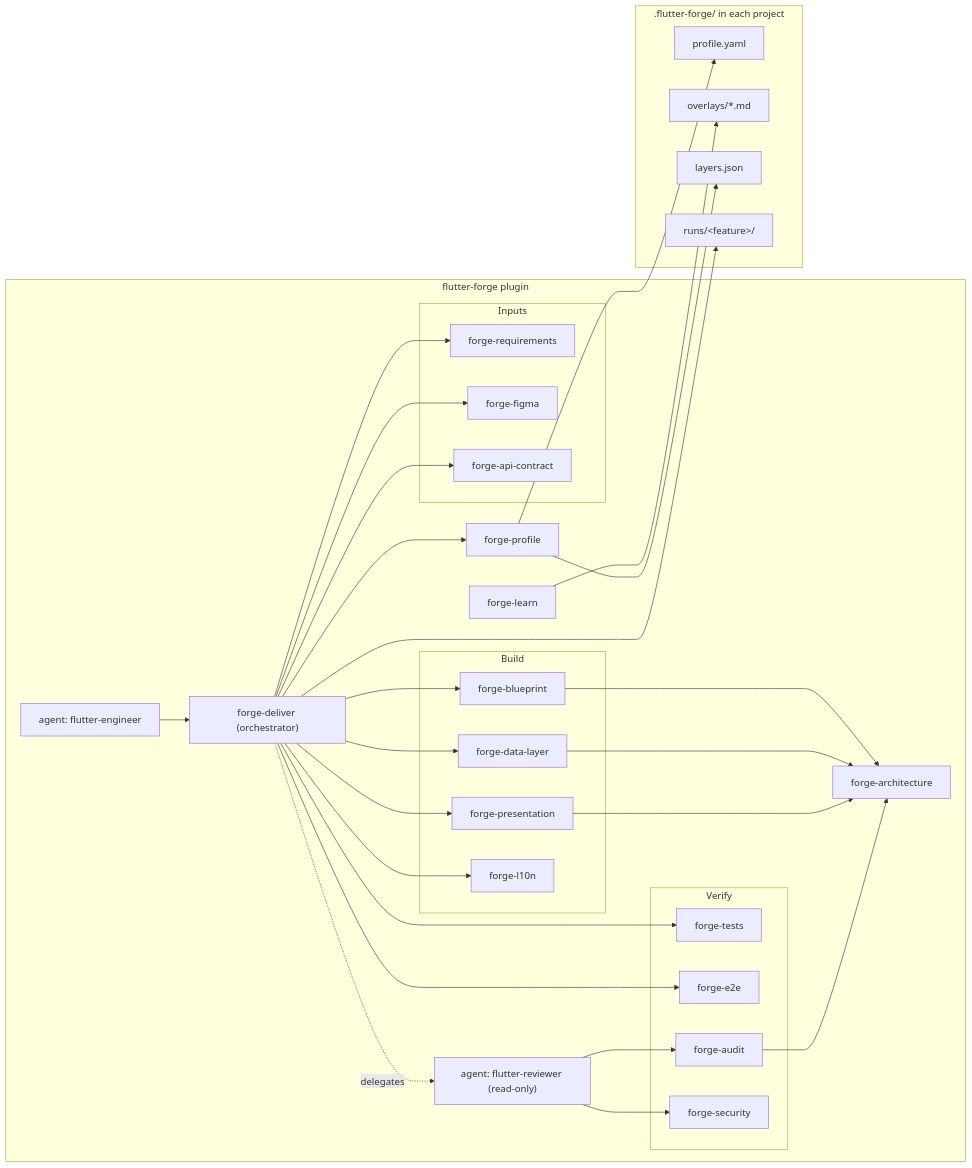
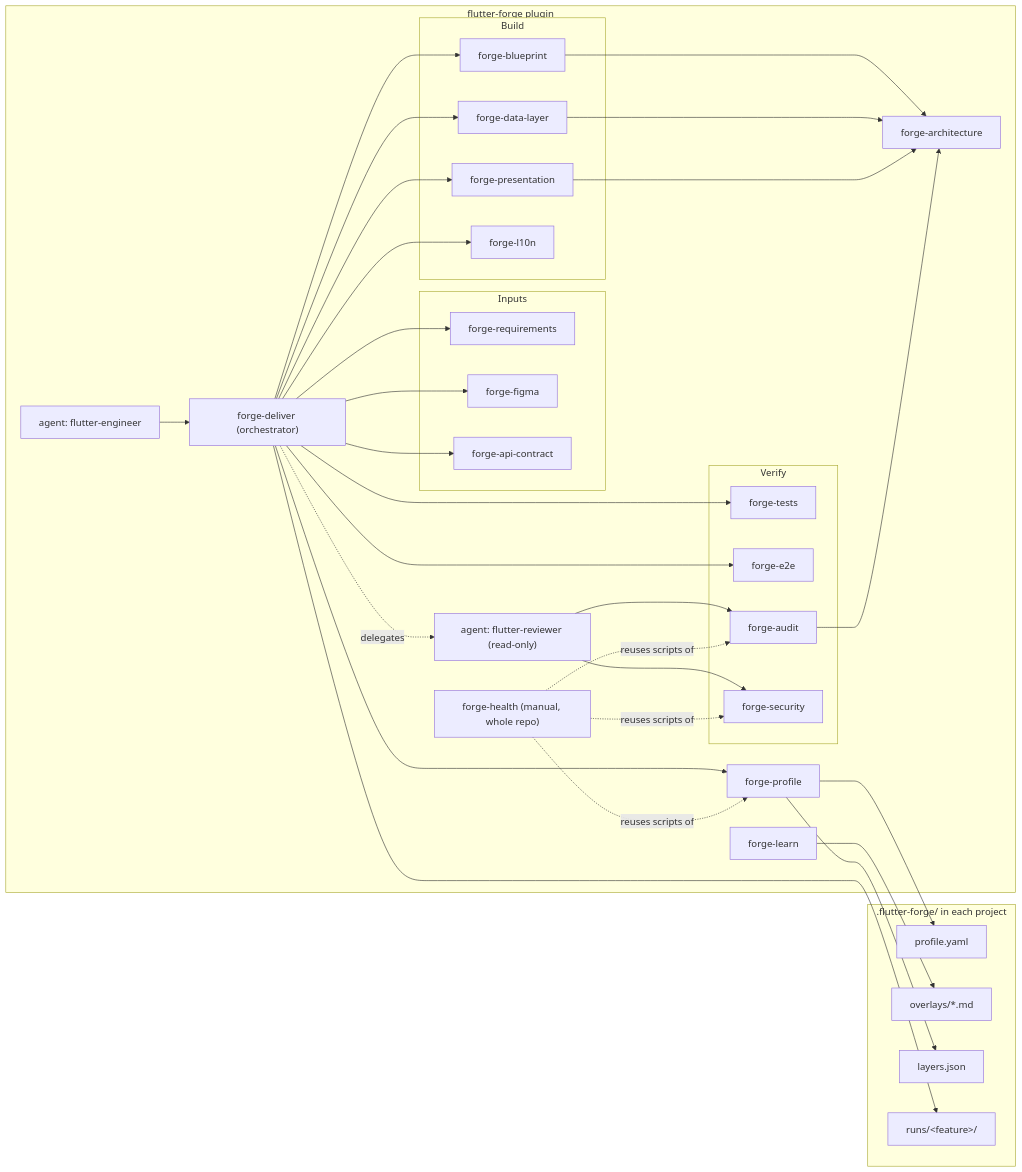
The diagram in docs/architecture.md (Jols7/flutter-forge), drawn with Mermaid before and after one commit. The commit also changed 23 other files, not shown here.

First line of the commit message:
feat(forge-health): whole-repo health baseline with standard depth, release 0.6.0

````diff
--- a/docs/architecture.md
+++ b/docs/architecture.md
@@ -18,42 +18,44 @@
 ```mermaid
 flowchart LR
     subgraph Plugin["flutter-forge plugin"]
         ENG["agent: flutter-engineer"]
         REV["agent: flutter-reviewer (read-only)"]
         DEL["forge-deliver (orchestrator)"]
         subgraph Inputs
             REQ[forge-requirements]
             FIG[forge-figma]
             API[forge-api-contract]
         end
         subgraph Build
             BP[forge-blueprint]
             DATA[forge-data-layer]
             PRES[forge-presentation]
             L10N[forge-l10n]
         end
         subgraph Verify
             UT[forge-tests]
             E2E[forge-e2e]
             AUD[forge-audit]
             SEC[forge-security]
         end
         ARCH[forge-architecture]
         PROF[forge-profile]
         LEARN[forge-learn]
+        HEALTH["forge-health (manual, whole repo)"]
     end
     subgraph Project[".flutter-forge/ in each project"]
         P[profile.yaml]
         O[overlays/*.md]
         L[layers.json]
         R[runs/&lt;feature&gt;/]
     end
     ENG --> DEL
     DEL --> PROF & REQ & FIG & API & BP & DATA & PRES & L10N & UT & E2E
     DEL -. delegates .-> REV
     REV --> AUD & SEC
     BP & DATA & PRES & AUD --> ARCH
     PROF --> P & L
     LEARN --> O
+    HEALTH -. reuses scripts of .-> AUD & SEC & PROF
     DEL --> R
 ```
````
